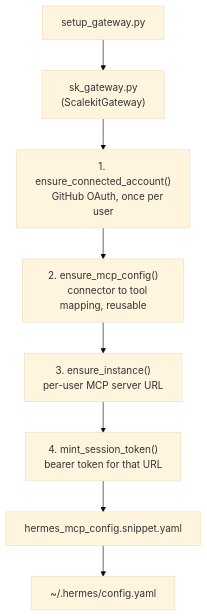
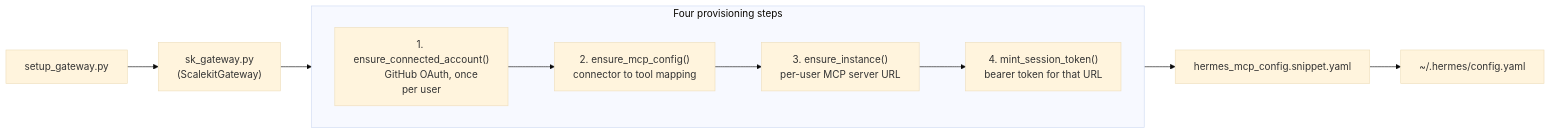
One commit to parv15/workflow-agents-demos changed the diagram in hermes-github-gateway-agent/README.md. Above: the diagram before and after it, drawn with Mermaid (base theme).

Commit message:
Refactor flowchart in README.md to improve clarity of provisioning steps

````diff
--- a/hermes-github-gateway-agent/README.md
+++ b/hermes-github-gateway-agent/README.md
@@ -9,15 +9,17 @@
 ```mermaid
-flowchart TD
+flowchart LR
     A["setup_gateway.py"] --> B["sk_gateway.py
     (ScalekitGateway)"]
-    B --> C["1. ensure_connected_account()
-    GitHub OAuth, once per user"]
-    C --> D["2. ensure_mcp_config()
-    connector to tool mapping, reusable"]
-    D --> E["3. ensure_instance()
-    per-user MCP server URL"]
-    E --> F["4. mint_session_token()
-    bearer token for that URL"]
-    F --> G["hermes_mcp_config.snippet.yaml"]
-    G --> H["~/.hermes/config.yaml"]
+    subgraph Steps ["Four provisioning steps"]
+        direction LR
+        C["1. ensure_connected_account()
+        GitHub OAuth, once per user"] --> D["2. ensure_mcp_config()
+        connector to tool mapping"]
+        D --> E["3. ensure_instance()
+        per-user MCP server URL"]
+        E --> F["4. mint_session_token()
+        bearer token for that URL"]
+    end
+    B --> C
+    F --> G["hermes_mcp_config.snippet.yaml"] --> H["~/.hermes/config.yaml"]
 ```
````
